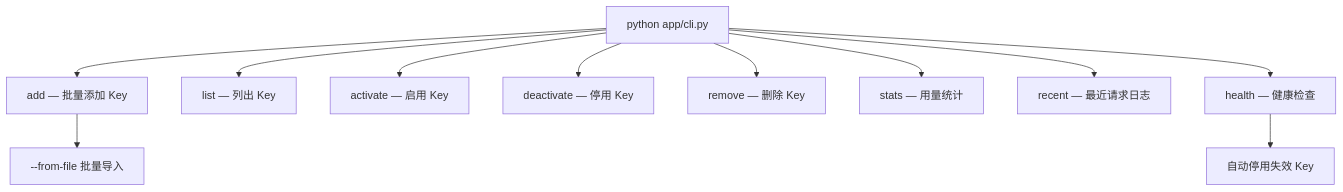
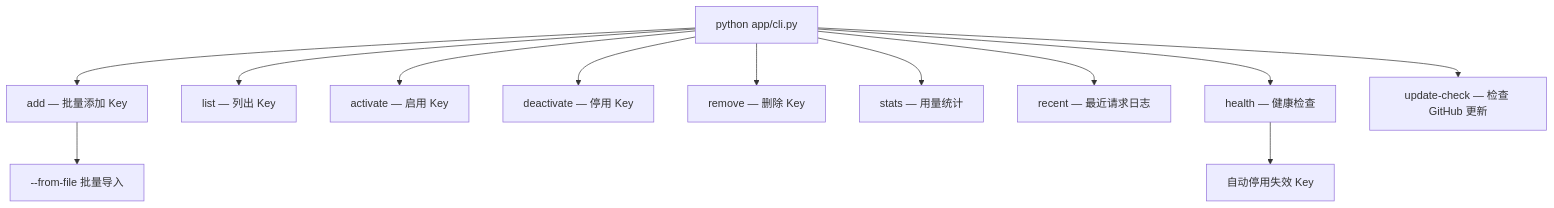
The first of 3 diagrams in docs/wiki/CLI使用/CLI使用.md (zylyes/tavily-key), drawn with Mermaid before and after one commit. The commit also changed other lines of this file and 35 other files, not shown here.

````diff
--- a/docs/wiki/CLI使用/CLI使用.md
+++ b/docs/wiki/CLI使用/CLI使用.md
@@ -24,13 +25,14 @@
 ```mermaid
 graph TD
     CLI["python app/cli.py"] --> ADD["add — 批量添加 Key"]
     CLI --> LIST["list — 列出 Key"]
     CLI --> ACT["activate — 启用 Key"]
     CLI --> DEACT["deactivate — 停用 Key"]
     CLI --> REMOVE["remove — 删除 Key"]
     CLI --> STATS["stats — 用量统计"]
     CLI --> RECENT["recent — 最近请求日志"]
     CLI --> HEALTH["health — 健康检查"]
+    CLI --> UPDATE["update-check — 检查 GitHub 更新"]
     ADD --> BATCH["--from-file 批量导入"]
     HEALTH --> AUTO["自动停用失效 Key"]
 ```
````
